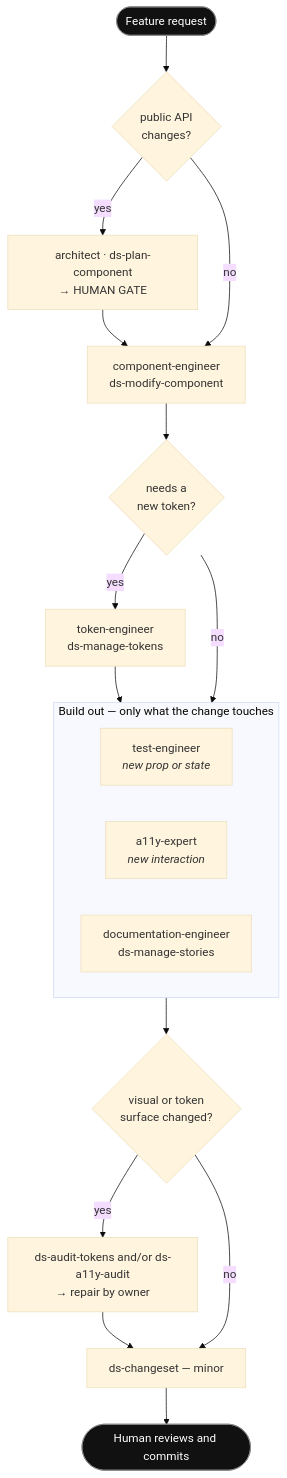
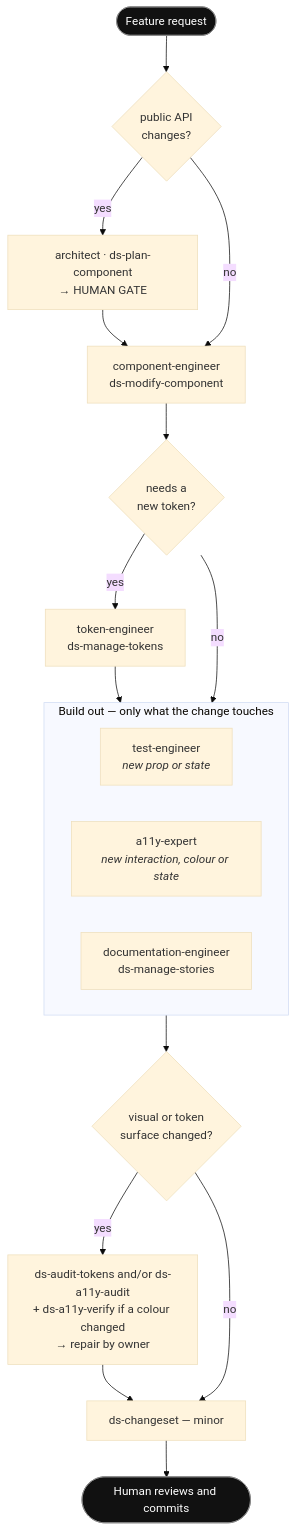
One commit to helvetia-design/system changed the third of 4 diagrams in docs/agents/ds-team.md. Above: the diagram before and after it, drawn with Mermaid (base theme). The commit also changed other lines of this file and 24 other files, not shown here.

````diff
--- a/docs/agents/ds-team.md
+++ b/docs/agents/ds-team.md
@@ -260,35 +318,35 @@
 ```mermaid
 flowchart TD
     REQ([Feature request])
     APIQ{"public API<br/>changes?"}
     PLAN["architect · ds-plan-component<br/>→ HUMAN GATE"]
     IMPL["component-engineer<br/>ds-modify-component"]
     TOKQ{"needs a<br/>new token?"}
     TOK["token-engineer<br/>ds-manage-tokens"]
 
     subgraph S3["Build out — only what the change touches"]
         direction LR
         ST["test-engineer<br/><i>new prop or state</i>"]
-        SA["a11y-expert<br/><i>new interaction</i>"]
+        SA["a11y-expert<br/><i>new interaction, colour or state</i>"]
         SD["documentation-engineer<br/>ds-manage-stories"]
     end
 
     REVQ{"visual or token<br/>surface changed?"}
-    REVIEW["ds-audit-tokens and/or ds-a11y-audit<br/>→ repair by owner"]
+    REVIEW["ds-audit-tokens and/or ds-a11y-audit<br/>+ ds-a11y-verify if a colour changed<br/>→ repair by owner"]
     SHIP["ds-changeset — minor"]
     DONE([Human reviews and commits])
 
     REQ --> APIQ
     APIQ -->|yes| PLAN --> IMPL
     APIQ -->|no| IMPL
     IMPL --> TOKQ
     TOKQ -->|yes| TOK --> S3
     TOKQ -->|no| S3
     S3 --> REVQ
     REVQ -->|yes| REVIEW --> SHIP
     REVQ -->|no| SHIP
     SHIP --> DONE
 
     classDef human fill:#111,stroke:#888,color:#fff
     class REQ,DONE human
 ```
````
